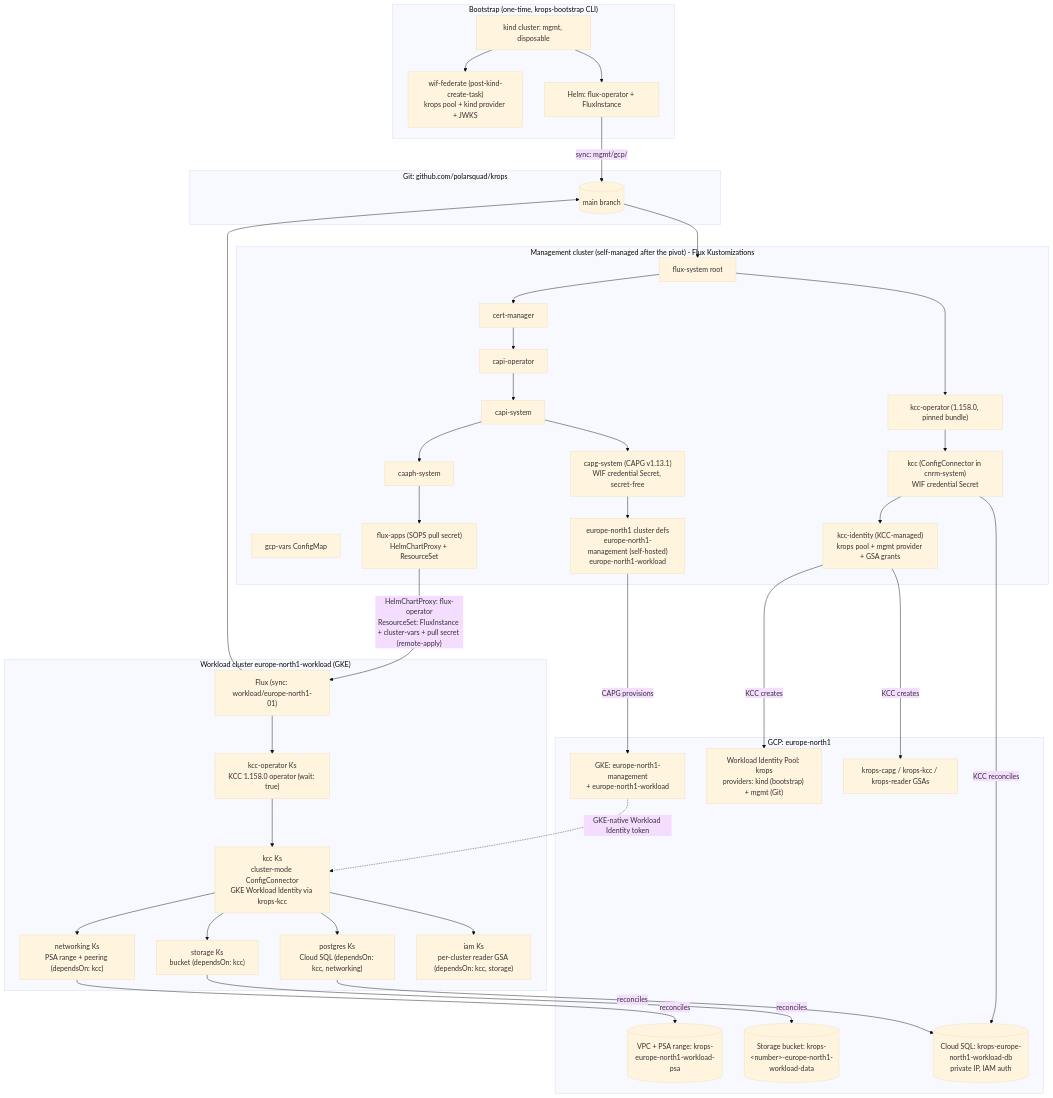
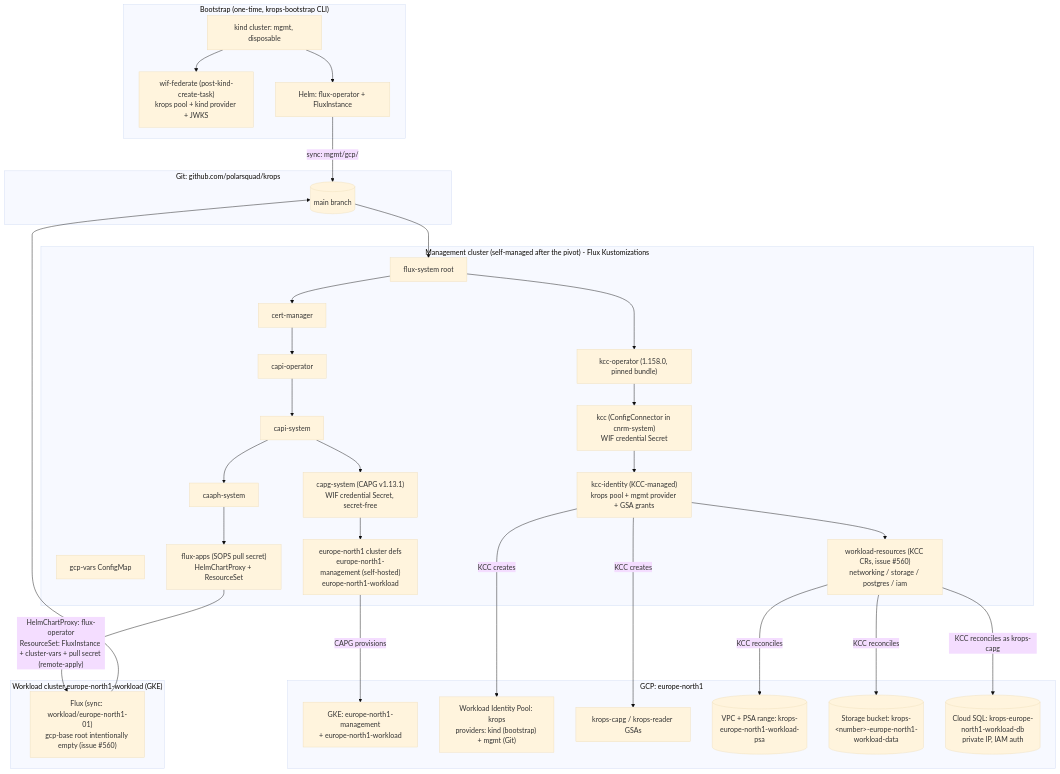
One commit to polarsquad/krops changed the third of 5 diagrams in docs/architecture.md. Above: the diagram before and after it, drawn with Mermaid (base theme). The commit also changed other lines of this file and 39 other files, not shown here.

First line of the commit message:
gcp: move workload cloud CRs to the management cluster, drop the workload KCC (#567)

````diff
--- a/docs/architecture.md
+++ b/docs/architecture.md
@@ -333,74 +334,62 @@
 ```mermaid
 flowchart TD
     subgraph bootstrap["Bootstrap (one-time, krops-bootstrap CLI)"]
         KIND[kind cluster: mgmt, disposable]
         WIF["wif-federate (post-kind-create-task)<br/>krops pool + kind provider + JWKS"]
         HELM[Helm: flux-operator + FluxInstance]
         KIND --> WIF
         KIND --> HELM
     end
 
     subgraph git["Git: github.com/polarsquad/krops"]
         REPO[(main branch)]
     end
 
     HELM -->|"sync: mgmt/gcp/"| REPO
 
     subgraph mgmt["Management cluster (self-managed after the pivot) - Flux Kustomizations"]
         FS[flux-system root]
         GCPV[gcp-vars ConfigMap]
         CM[cert-manager]
         CO[capi-operator]
         CAPIS[capi-system]
         CAPGS["capg-system (CAPG v1.13.1)<br/>WIF credential Secret, secret-free"]
         CAAPH[caaph-system]
         KCCO["kcc-operator (1.158.0, pinned bundle)"]
         KCC["kcc (ConfigConnector in cnrm-system)<br/>WIF credential Secret"]
         KCCI["kcc-identity (KCC-managed)<br/>krops pool + mgmt provider + GSA grants"]
+        WRES["workload-resources (KCC CRs, issue #560)<br/>networking / storage / postgres / iam"]
         EUNC["europe-north1 cluster defs<br/>europe-north1-management (self-hosted)<br/>europe-north1-workload"]
         FA["flux-apps (SOPS pull secret)<br/>HelmChartProxy + ResourceSet"]
 
         FS --> CM --> CO --> CAPIS --> CAPGS
         CAPIS --> CAAPH --> FA
-        FS --> KCCO --> KCC --> KCCI
+        FS --> KCCO --> KCC --> KCCI --> WRES
         CAPGS --> EUNC
     end
 
     REPO --> FS
 
     subgraph gcp["GCP: europe-north1"]
         GKE[GKE: europe-north1-management<br/>+ europe-north1-workload]
         POOL["Workload Identity Pool: krops<br/>providers: kind (bootstrap) + mgmt (Git)"]
-        GSAS["krops-capg / krops-kcc / krops-reader GSAs"]
+        GSAS["krops-capg / krops-reader GSAs"]
         VPC[(VPC + PSA range: krops-europe-north1-workload-psa)]
         BUCKET[(Storage bucket: krops-&lt;number&gt;-europe-north1-workload-data)]
         SQL[(Cloud SQL: krops-europe-north1-workload-db<br/>private IP, IAM auth)]
     end
 
     EUNC -->|CAPG provisions| GKE
     KCCI -->|KCC creates| POOL
     KCCI -->|KCC creates| GSAS
-    KCC -->|KCC reconciles| SQL
+    WRES -->|KCC reconciles as krops-capg| SQL
+    WRES -->|KCC reconciles| VPC
+    WRES -->|KCC reconciles| BUCKET
     FA -->|"HelmChartProxy: flux-operator<br/>ResourceSet: FluxInstance + cluster-vars + pull secret (remote-apply)"| WF
 
     subgraph wl["Workload cluster europe-north1-workload (GKE)"]
-        WF["Flux (sync: workload/europe-north1-01)"]
-        WKCCO["kcc-operator Ks<br/>KCC 1.158.0 operator (wait: true)"]
-        WKCC["kcc Ks<br/>cluster-mode ConfigConnector<br/>GKE Workload Identity via krops-kcc"]
-        WNET["networking Ks<br/>PSA range + peering (dependsOn: kcc)"]
-        WSTOR["storage Ks<br/>bucket (dependsOn: kcc)"]
-        WPSQL["postgres Ks<br/>Cloud SQL (dependsOn: kcc, networking)"]
-        WIAM["iam Ks<br/>per-cluster reader GSA (dependsOn: kcc, storage)"]
-
-        WF --> WKCCO --> WKCC --> WNET
-        WKCC --> WSTOR
-        WKCC --> WPSQL
-        WKCC --> WIAM
+        WF["Flux (sync: workload/europe-north1-01)<br/>gcp-base root intentionally empty (issue #560)"]
     end
 
     WF --> REPO
-    GKE -.->|GKE-native Workload Identity token| WKCC
-    WNET -->|reconciles| VPC
-    WSTOR -->|reconciles| BUCKET
-    WPSQL -->|reconciles| SQL
 ```
````
